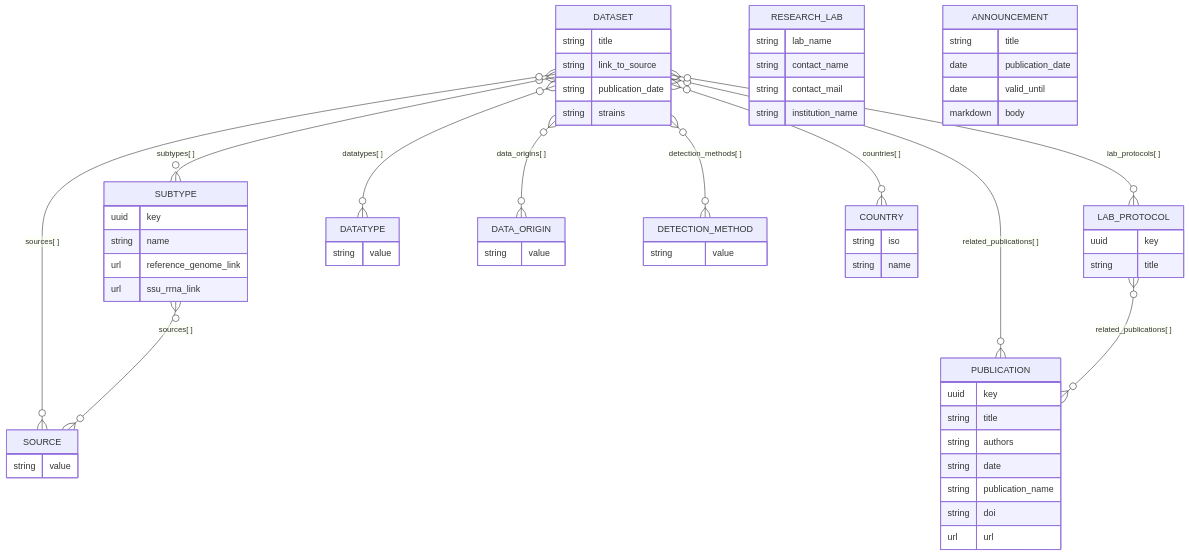
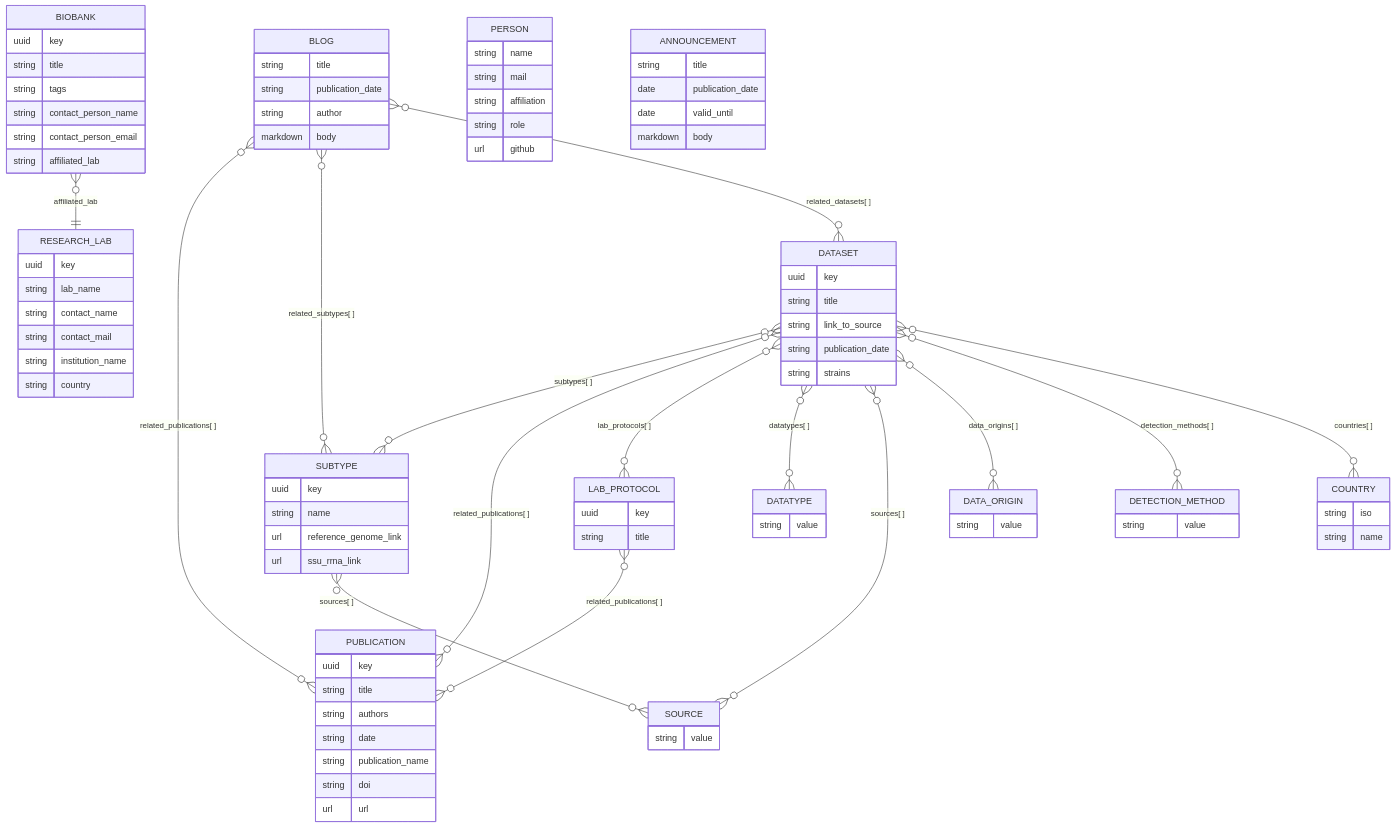
The diagram in content/documentation/technical/datastructure/index.md (Tsaousis-Lab/blastodb), drawn with Mermaid before and after one commit. The commit also changed other lines of this file and 93 other files, not shown here.

```diff
--- a/content/documentation/technical/datastructure/index.md
+++ b/content/documentation/technical/datastructure/index.md
@@ -27,12 +29,23 @@
     DATASET }o--o{ DETECTION_METHOD : "detection_methods[ ]"
     DATASET }o--o{ COUNTRY : "countries[ ]"
     SUBTYPE }o--o{ SOURCE : "sources[ ]"
+    BLOG }o--o{ PUBLICATION : "related_publications[ ]"
+    BLOG }o--o{ SUBTYPE : "related_subtypes[ ]"
+    BLOG }o--o{ DATASET : "related_datasets[ ]"
+    BIOBANK }o--|| RESEARCH_LAB : "affiliated_lab"
 
     DATASET {
+        uuid key
         string title
         string link_to_source
         string publication_date
         string strains
+    }
+    BLOG {
+        string title
+        string publication_date
+        string author
+        markdown body
     }
     SUBTYPE {
         uuid key
@@ -54,10 +67,27 @@
         string title
     }
     RESEARCH_LAB {
+        uuid key
         string lab_name
         string contact_name
         string contact_mail
         string institution_name
+        string country
+    }
+    BIOBANK {
+        uuid key
+        string title
+        string tags
+        string contact_person_name
+        string contact_person_email
+        string affiliated_lab
+    }
+    PERSON {
+        string name
+        string mail
+        string affiliation
+        string role
+        url github
     }
     ANNOUNCEMENT {
         string title
```
